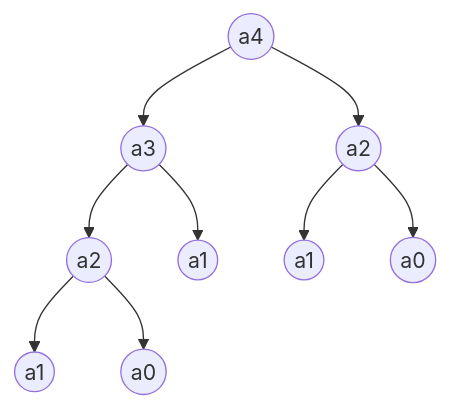
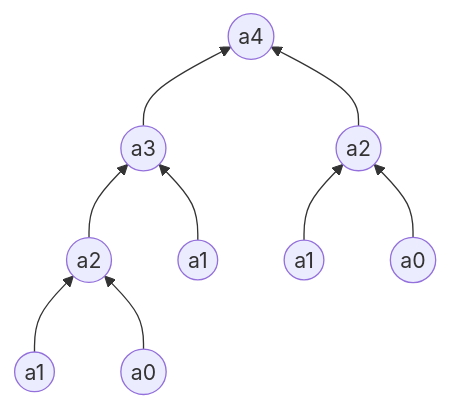
The diagram in _posts/2021-07-06-피보나치-수열-알고리즘.md (dongwook-chan/dongwook-chan.github.io), drawn with Mermaid before and after one commit. The commit also changed other lines of this file and 6 other files, not shown here.

````diff
--- a/_posts/2021-07-06-피보나치-수열-알고리즘.md
+++ b/_posts/2021-07-06-피보나치-수열-알고리즘.md
@@ -12,21 +23,21 @@
 ```mermaid
-graph TB;
+graph BT;
     0,0((a4))
     1,0((a3))
     1,1((a2))
     2,0((a2))
     2,1((a1))
     2,2((a1))
     2,3((a0))
     3,0((a1))
     3,1((a0))
 
-    0,0-->1,0
-    0,0-->1,1
-    1,0-->2,0
-    1,0-->2,1
-    1,1-->2,2
-    1,1-->2,3
-    2,0-->3,0
-    2,0-->3,1
+    1,0-->0,0
+    1,1-->0,0
+    2,0-->1,0
+    2,1-->1,0
+    2,2-->1,1
+    2,3-->1,1
+    3,0-->2,0
+    3,1-->2,0
 ```
````
